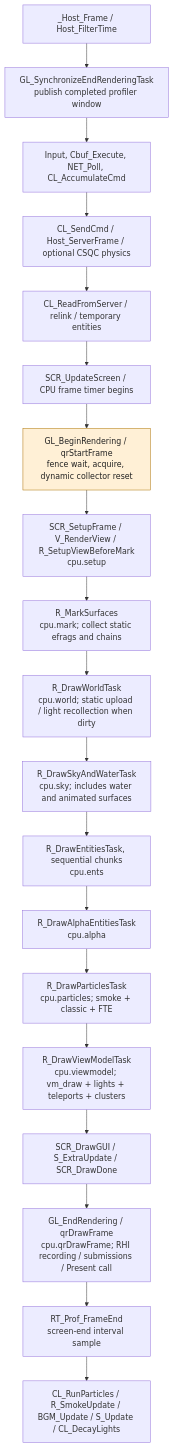
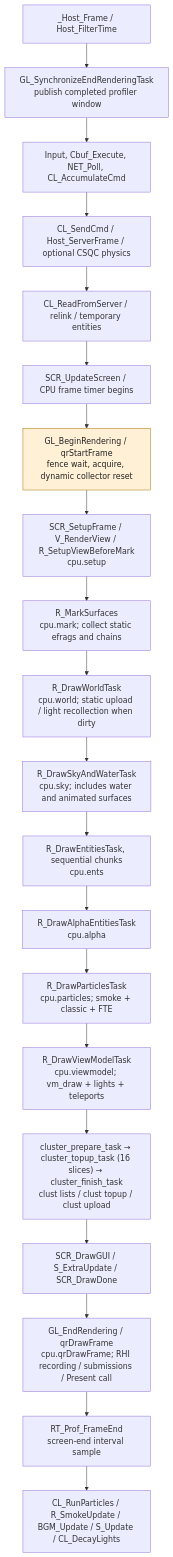
One commit to f1ames0ff/QuakeRay changed the first of 3 diagrams in ARCHITECTURE.md. Above: the diagram before and after it, drawn with Mermaid. The commit also changed other lines of this file and 12 other files, not shown here.

First line of the commit message:
perf: run the cluster light list top-up in parallel slices

````diff
--- a/ARCHITECTURE.md
+++ b/ARCHITECTURE.md
@@ -63,23 +64,24 @@
 ```mermaid
 flowchart TD
     host["_Host_Frame / Host_FilterTime"] --> previousEnd["GL_SynchronizeEndRenderingTask<br/>publish completed profiler window"]
     previousEnd --> input["Input, Cbuf_Execute, NET_Poll, CL_AccumulateCmd"]
     input --> simulation["CL_SendCmd / Host_ServerFrame / optional CSQC physics"]
     simulation --> client["CL_ReadFromServer / relink / temporary entities"]
     client --> screen["SCR_UpdateScreen / CPU frame timer begins"]
     screen --> beginFrame["GL_BeginRendering / qrStartFrame<br/>fence wait, acquire, dynamic collector reset"]
     beginFrame --> view["SCR_SetupFrame / V_RenderView / R_SetupViewBeforeMark<br/>cpu.setup"]
     view --> visibility["R_MarkSurfaces<br/>cpu.mark; collect static efrags and chains"]
     visibility --> world["R_DrawWorldTask<br/>cpu.world; static upload / light recollection when dirty"]
     world --> sky["R_DrawSkyAndWaterTask<br/>cpu.sky; includes water and animated surfaces"]
     sky --> entities["R_DrawEntitiesTask, sequential chunks<br/>cpu.ents"]
     entities --> alpha["R_DrawAlphaEntitiesTask<br/>cpu.alpha"]
     alpha --> particles["R_DrawParticlesTask<br/>cpu.particles; smoke + classic + FTE"]
-    particles --> weapon["R_DrawViewModelTask<br/>cpu.viewmodel; vm_draw + lights + teleports + clusters"]
-    weapon --> gui["SCR_DrawGUI / S_ExtraUpdate / SCR_DrawDone"]
+    particles --> weapon["R_DrawViewModelTask<br/>cpu.viewmodel; vm_draw + lights + teleports"]
+    weapon --> cluster["cluster_prepare_task → cluster_topup_task (16 slices) → cluster_finish_task<br/>clust lists / clust topup / clust upload"]
+    cluster --> gui["SCR_DrawGUI / S_ExtraUpdate / SCR_DrawDone"]
     gui --> backend["GL_EndRendering / qrDrawFrame<br/>cpu.qrDrawFrame; RHI recording / submissions / Present call"]
     backend --> screenEnd["RT_Prof_FrameEnd<br/>screen-end interval sample"]
     screenEnd --> tail["CL_RunParticles / R_SmokeUpdate / BGM_Update / S_Update / CL_DecayLights"]
     classDef wait fill:#fff0d6,stroke:#ab7100,color:#222
     class beginFrame wait
 ```
````
